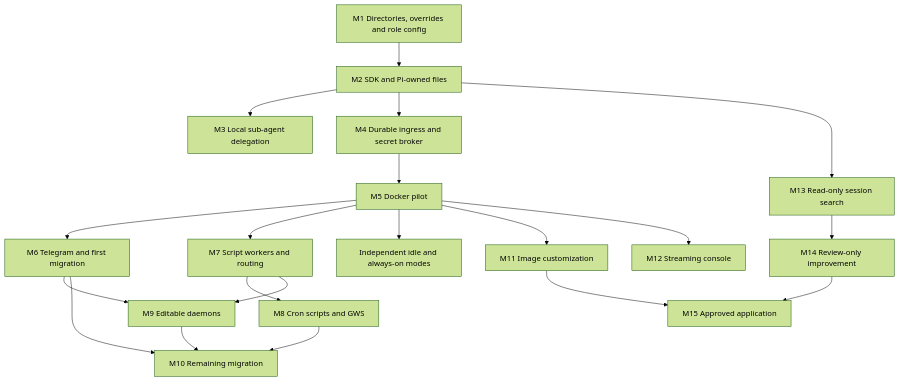
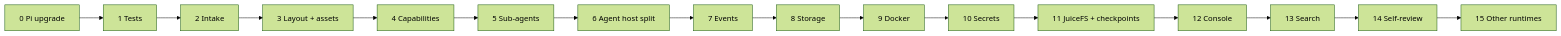
Before and after one commit to cognisphere-sh/cognisphere-harness: the diagram in docs/roadmap.md, drawn with Mermaid (forest theme). The commit also changed other lines of this file and 36 other files, not shown here.

````diff
--- a/docs/roadmap.md
+++ b/docs/roadmap.md
@@ -23,22 +85,6 @@
 ```mermaid
-flowchart TB
-    M1[M1 Directories, overrides and role config] --> M2[M2 SDK and Pi-owned files]
-    M2 --> M3[M3 Local sub-agent delegation]
-    M2 --> M4[M4 Durable ingress and secret broker]
-    M4 --> M5[M5 Docker pilot]
-    M5 --> M6[M6 Telegram and first migration]
-    M5 --> M7[M7 Script workers and routing]
-    M7 --> M8[M8 Cron scripts and GWS]
-    M7 --> M9[M9 Editable daemons]
-    M6 --> M9
-    M6 --> M10[M10 Remaining migration]
-    M8 --> M10
-    M9 --> M10
-    M5 --> Warm[Independent idle and always-on modes]
-    M5 --> M11[M11 Image customization]
-    M5 --> M12[M12 Streaming console]
-    M2 --> M13[M13 Read-only session search]
-    M13 --> M14[M14 Review-only improvement]
-    M14 --> M15[M15 Approved application]
-    M11 --> M15
+flowchart LR
+    P0[0 Pi upgrade] --> P1[1 Tests] --> P2[2 Intake] --> P3[3 Layout + assets] --> P4[4 Capabilities] --> P5[5 Sub-agents]
+    P5 --> P6[6 Agent host split] --> P7[7 Events] --> P8[8 Storage] --> P9[9 Docker] --> P10[10 Secrets]
+    P10 --> P11[11 JuiceFS + checkpoints] --> P12[12 Console] --> P13[13 Search] --> P14[14 Self-review] --> P15[15 Other runtimes]
 ```
````
